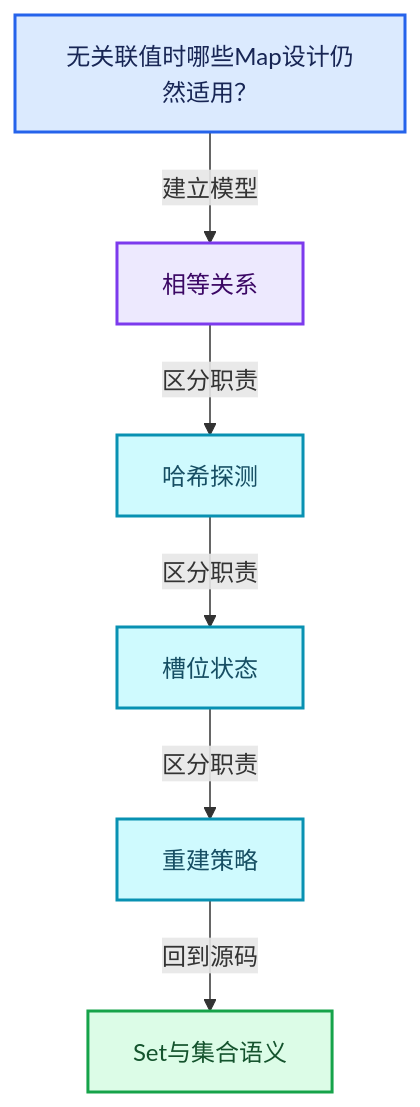
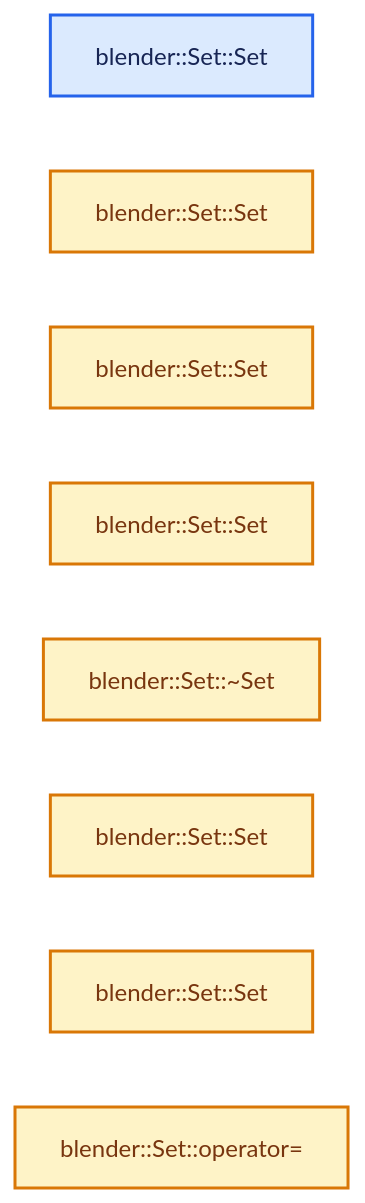
Before and after one commit to yunkezengren/blender-.vscode: the second of 4 diagrams in 杂/markdown/全面学习-codex/02-哈希表与关联数据结构/08-Set与集合语义.md, drawn with Mermaid. The commit also changed other lines of this file and 1930 other files, not shown here.

````diff
--- a/杂/markdown/全面学习-codex/02-哈希表与关联数据结构/08-Set与集合语义.md
+++ b/杂/markdown/全面学习-codex/02-哈希表与关联数据结构/08-Set与集合语义.md
@@ -60,20 +46,17 @@
 ```mermaid
-flowchart TB
-  Q["无关联值时哪些Map设计仍然适用？"]:::input
-  C0["相等关系"]:::abstraction
-  C1["哈希探测"]:::data
-  C2["槽位状态"]:::data
-  C3["重建策略"]:::data
-  R["Set与集合语义"]:::result
-  Q -->|"建立模型"| C0
-  C0 -->|"区分职责"| C1
-  C1 -->|"区分职责"| C2
-  C2 -->|"区分职责"| C3
-  C3 -->|"回到源码"| R
+flowchart LR
+  F0["blender::Set::Set"]:::input
+  F1["blender::Set::Set"]:::compute
+  F2["blender::Set::Set"]:::compute
+  F3["blender::Set::Set"]:::compute
+  F4["blender::Set::~Set"]:::compute
+  F5["blender::Set::Set"]:::compute
+  F6["blender::Set::Set"]:::compute
+  F7["blender::Set::operator="]:::compute
   classDef input fill:#DBEAFE,stroke:#2563EB,color:#172554,stroke-width:2px;
   classDef data fill:#CFFAFE,stroke:#0891B2,color:#164E63,stroke-width:2px;
   classDef abstraction fill:#EDE9FE,stroke:#7C3AED,color:#3B0764,stroke-width:2px;
   classDef compute fill:#FEF3C7,stroke:#D97706,color:#78350F,stroke-width:2px;
   classDef result fill:#DCFCE7,stroke:#16A34A,color:#14532D,stroke-width:2px;
   classDef error fill:#FEE2E2,stroke:#DC2626,color:#7F1D1D,stroke-width:2px;
 ```
````
